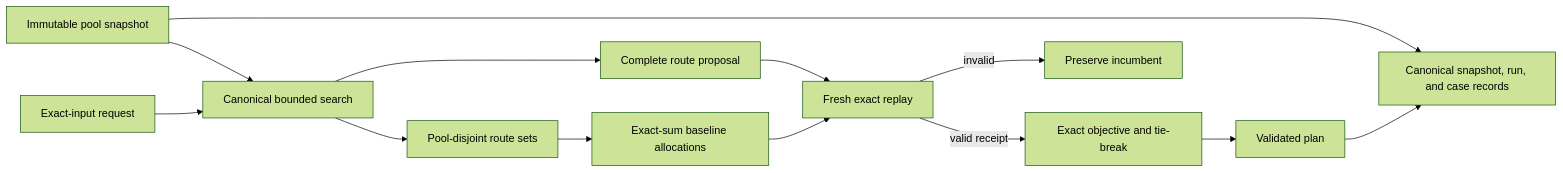
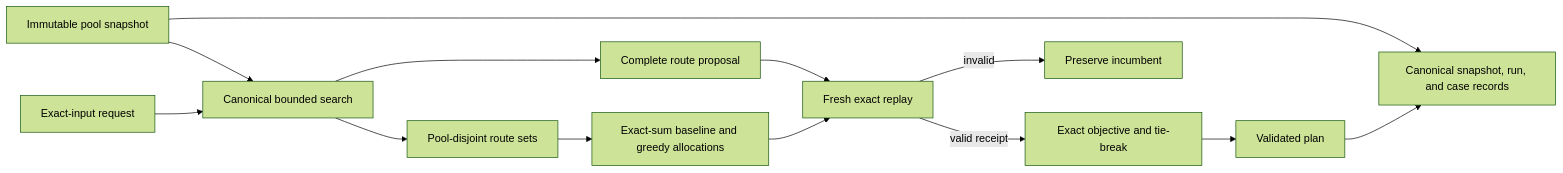
Before and after one commit to julienharbulot/routelab: the diagram in README.md, drawn with Mermaid (forest theme). The commit also changed other lines of this file and 9 other files, not shown here.

````diff
--- a/README.md
+++ b/README.md
@@ -30,15 +30,15 @@
 ```mermaid
 flowchart LR
     A[Immutable pool snapshot] --> C[Canonical bounded search]
     B[Exact-input request] --> C
     C --> D[Complete route proposal]
     D --> E[Fresh exact replay]
     E -->|valid receipt| F[Exact objective and tie-break]
     F --> G[Validated plan]
     E -->|invalid| H[Preserve incumbent]
     A --> I[Canonical snapshot, run, and case records]
     G --> I
     C --> J[Pool-disjoint route sets]
-    J --> K[Exact-sum baseline allocations]
+    J --> K[Exact-sum baseline and greedy allocations]
     K --> E
 ```
````
